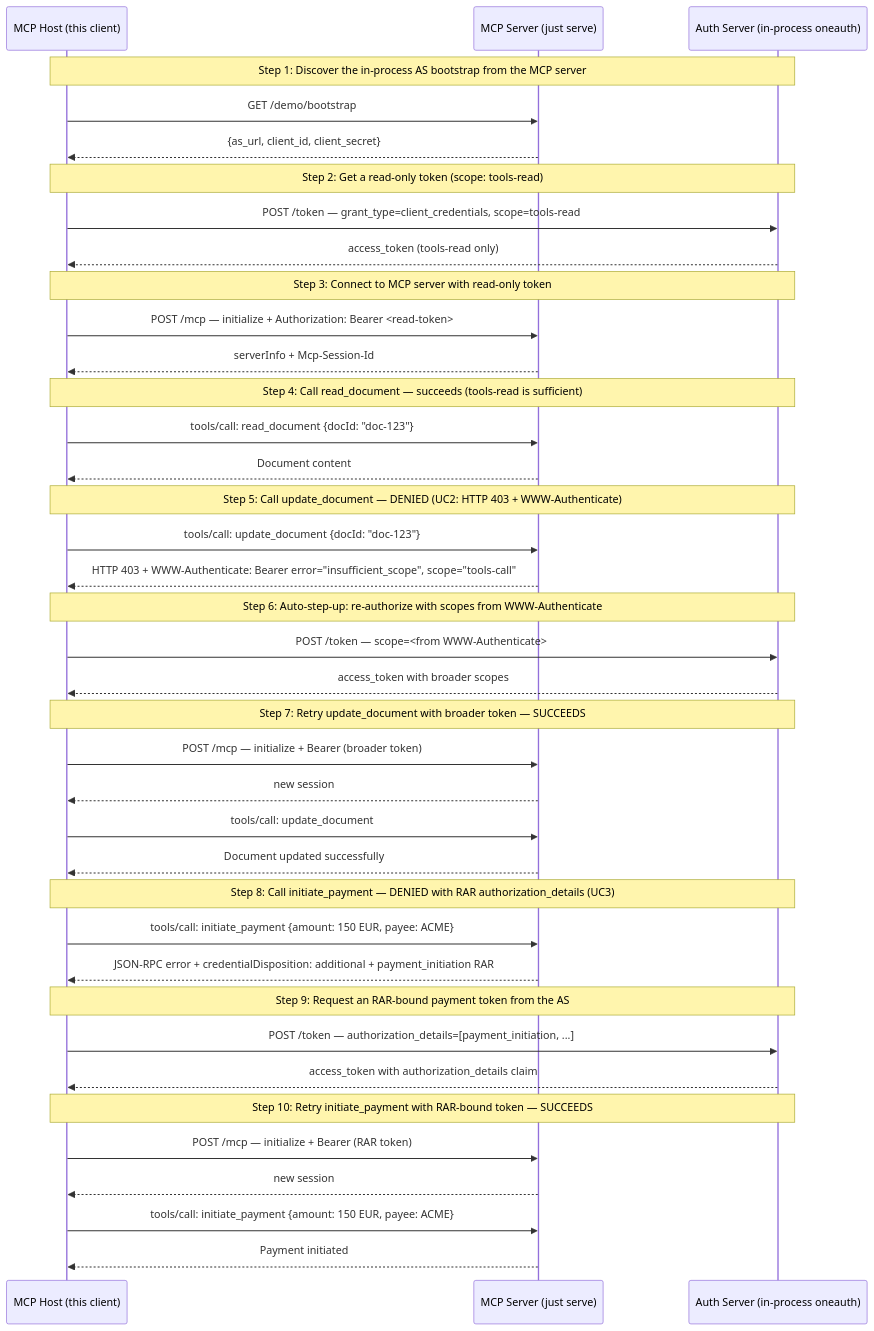
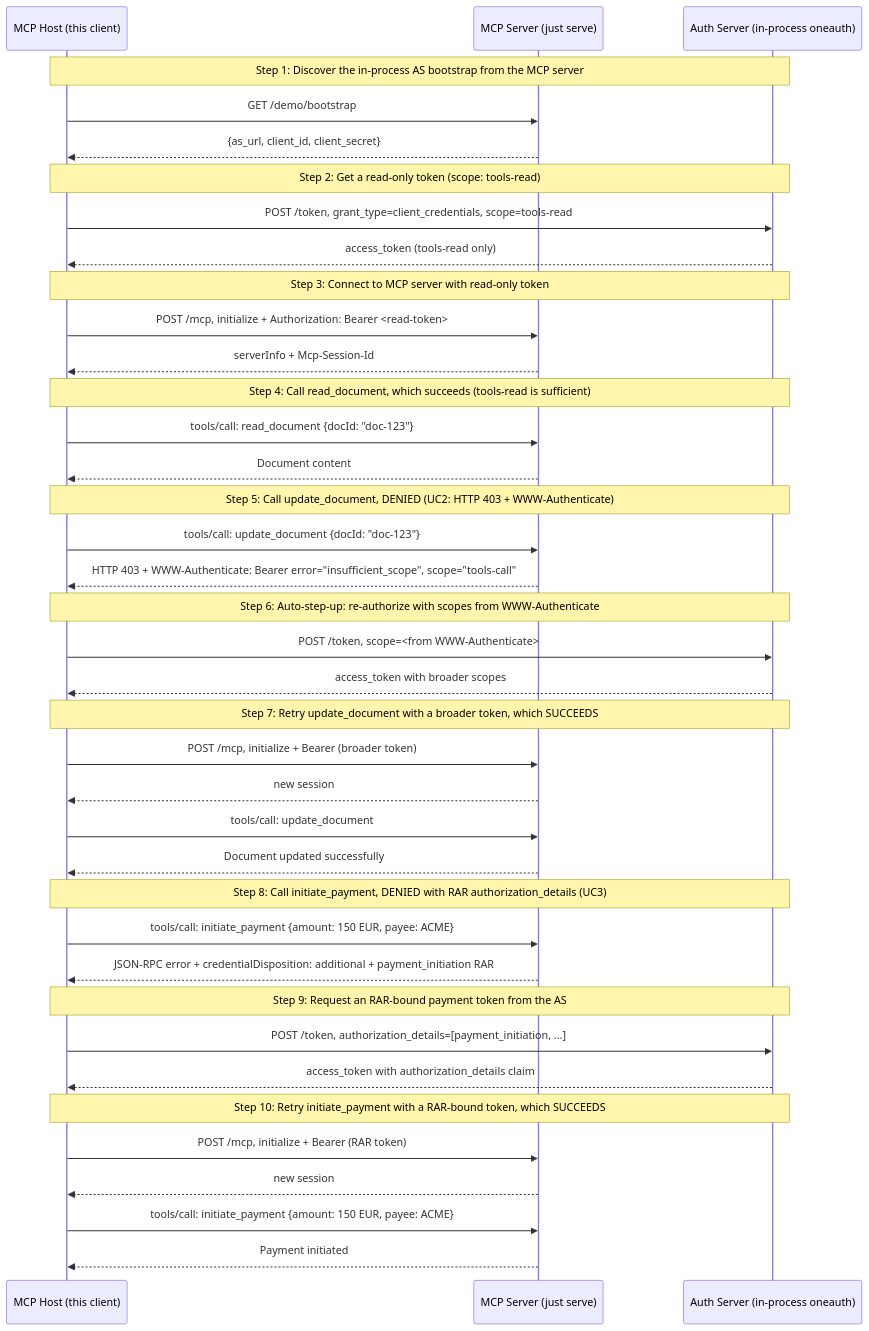
The diagram in examples/fine-grained-auth/WALKTHROUGH.md (panyam/mcpkit), drawn with Mermaid before and after one commit. The commit also changed other lines of this file and 54 other files, not shown here.

````diff
--- a/examples/fine-grained-auth/WALKTHROUGH.md
+++ b/examples/fine-grained-auth/WALKTHROUGH.md
@@ -20,50 +20,50 @@
 ```mermaid
 sequenceDiagram
     participant Host as MCP Host (this client)
     participant Server as MCP Server (just serve)
     participant AS as Auth Server (in-process oneauth)
 
     Note over Host,AS: Step 1: Discover the in-process AS bootstrap from the MCP server
     Host->>Server: GET /demo/bootstrap
     Server-->>Host: {as_url, client_id, client_secret}
 
     Note over Host,AS: Step 2: Get a read-only token (scope: tools-read)
-    Host->>AS: POST /token — grant_type=client_credentials, scope=tools-read
+    Host->>AS: POST /token, grant_type=client_credentials, scope=tools-read
     AS-->>Host: access_token (tools-read only)
 
     Note over Host,AS: Step 3: Connect to MCP server with read-only token
-    Host->>Server: POST /mcp — initialize + Authorization: Bearer <read-token>
+    Host->>Server: POST /mcp, initialize + Authorization: Bearer <read-token>
     Server-->>Host: serverInfo + Mcp-Session-Id
 
-    Note over Host,AS: Step 4: Call read_document — succeeds (tools-read is sufficient)
+    Note over Host,AS: Step 4: Call read_document, which succeeds (tools-read is sufficient)
     Host->>Server: tools/call: read_document {docId: "doc-123"}
     Server-->>Host: Document content
 
-    Note over Host,AS: Step 5: Call update_document — DENIED (UC2: HTTP 403 + WWW-Authenticate)
+    Note over Host,AS: Step 5: Call update_document, DENIED (UC2: HTTP 403 + WWW-Authenticate)
     Host->>Server: tools/call: update_document {docId: "doc-123"}
     Server-->>Host: HTTP 403 + WWW-Authenticate: Bearer error="insufficient_scope", scope="tools-call"
 
     Note over Host,AS: Step 6: Auto-step-up: re-authorize with scopes from WWW-Authenticate
-    Host->>AS: POST /token — scope=<from WWW-Authenticate>
+    Host->>AS: POST /token, scope=<from WWW-Authenticate>
     AS-->>Host: access_token with broader scopes
 
-    Note over Host,AS: Step 7: Retry update_document with broader token — SUCCEEDS
-    Host->>Server: POST /mcp — initialize + Bearer (broader token)
+    Note over Host,AS: Step 7: Retry update_document with a broader token, which SUCCEEDS
+    Host->>Server: POST /mcp, initialize + Bearer (broader token)
     Server-->>Host: new session
     Host->>Server: tools/call: update_document
     Server-->>Host: Document updated successfully
 
-    Note over Host,AS: Step 8: Call initiate_payment — DENIED with RAR authorization_details (UC3)
+    Note over Host,AS: Step 8: Call initiate_payment, DENIED with RAR authorization_details (UC3)
     Host->>Server: tools/call: initiate_payment {amount: 150 EUR, payee: ACME}
     Server-->>Host: JSON-RPC error + credentialDisposition: additional + payment_initiation RAR
 
     Note over Host,AS: Step 9: Request an RAR-bound payment token from the AS
-    Host->>AS: POST /token — authorization_details=[payment_initiation, ...]
+    Host->>AS: POST /token, authorization_details=[payment_initiation, ...]
     AS-->>Host: access_token with authorization_details claim
 
-    Note over Host,AS: Step 10: Retry initiate_payment with RAR-bound token — SUCCEEDS
-    Host->>Server: POST /mcp — initialize + Bearer (RAR token)
+    Note over Host,AS: Step 10: Retry initiate_payment with a RAR-bound token, which SUCCEEDS
+    Host->>Server: POST /mcp, initialize + Bearer (RAR token)
     Server-->>Host: new session
     Host->>Server: tools/call: initiate_payment {amount: 150 EUR, payee: ACME}
     Server-->>Host: Payment initiated
 ```
````
